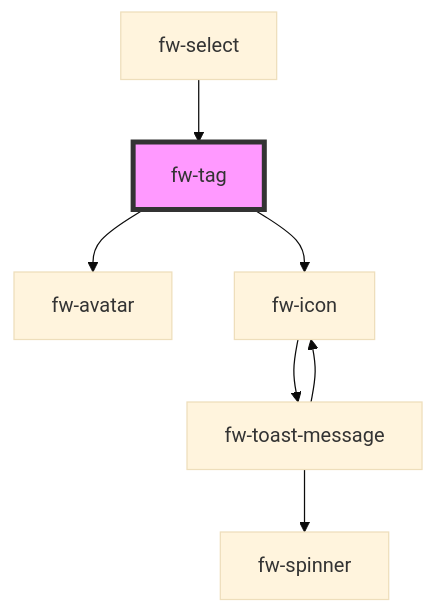
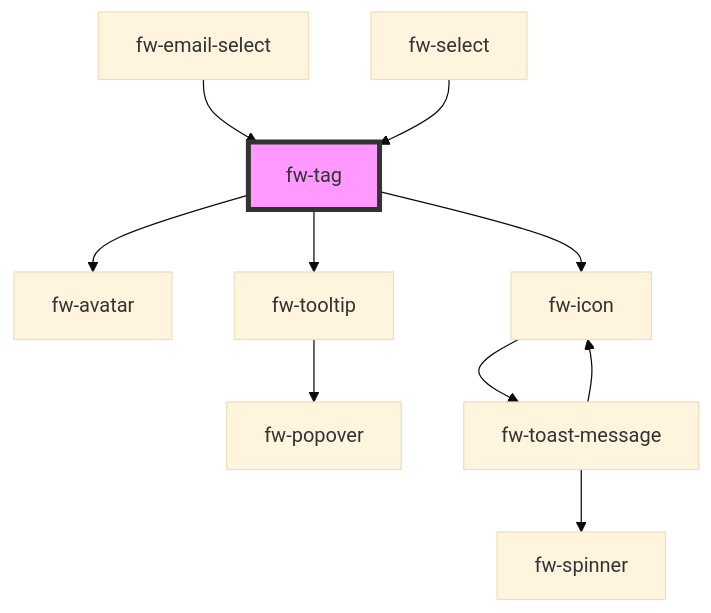
The diagram in packages/crayons-core/src/components/tag/readme.md (freshworks/crayons), drawn with Mermaid (base theme) before and after one commit. The commit also changed other lines of this file and 13 other files, not shown here.

Commit message:
feat(email header component changes): changes in Tag, avatar and list options

````diff
--- a/packages/crayons-core/src/components/tag/readme.md
+++ b/packages/crayons-core/src/components/tag/readme.md
@@ -114,10 +118,13 @@
 ```mermaid
 graph TD;
   fw-tag --> fw-avatar
+  fw-tag --> fw-tooltip
   fw-tag --> fw-icon
+  fw-tooltip --> fw-popover
   fw-icon --> fw-toast-message
   fw-toast-message --> fw-spinner
   fw-toast-message --> fw-icon
+  fw-email-select --> fw-tag
   fw-select --> fw-tag
   style fw-tag fill:#f9f,stroke:#333,stroke-width:4px
 ```
````
